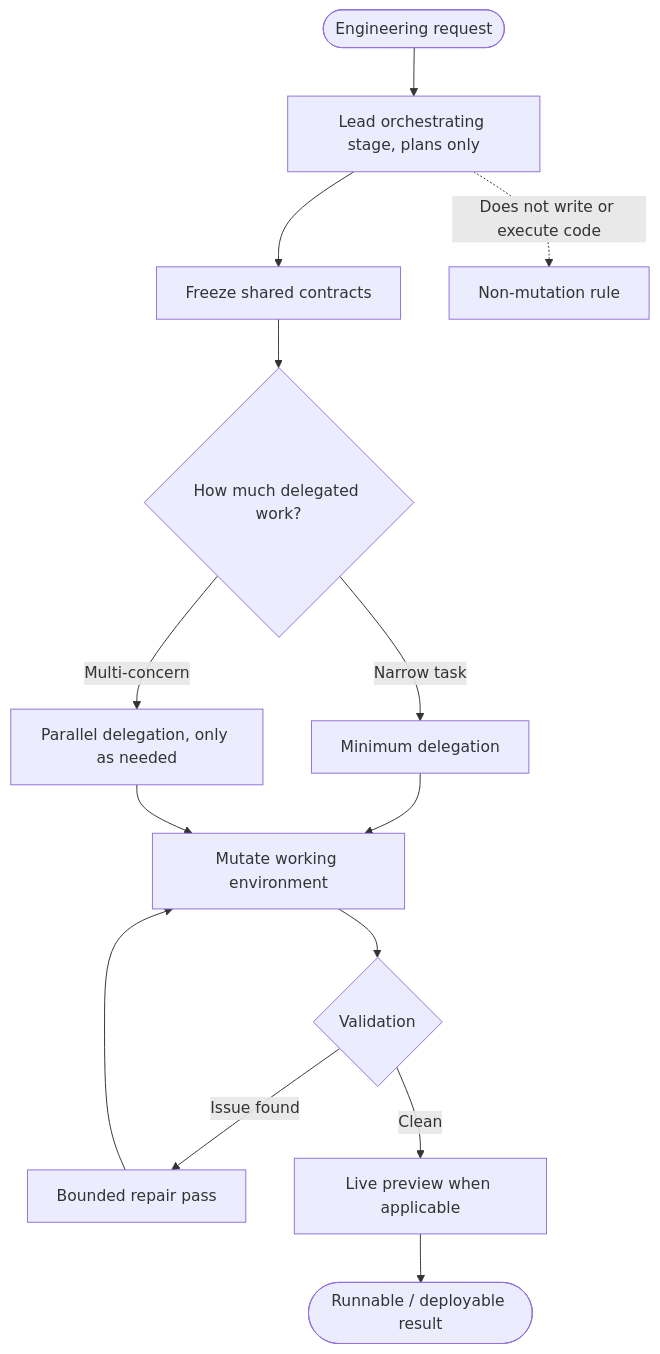
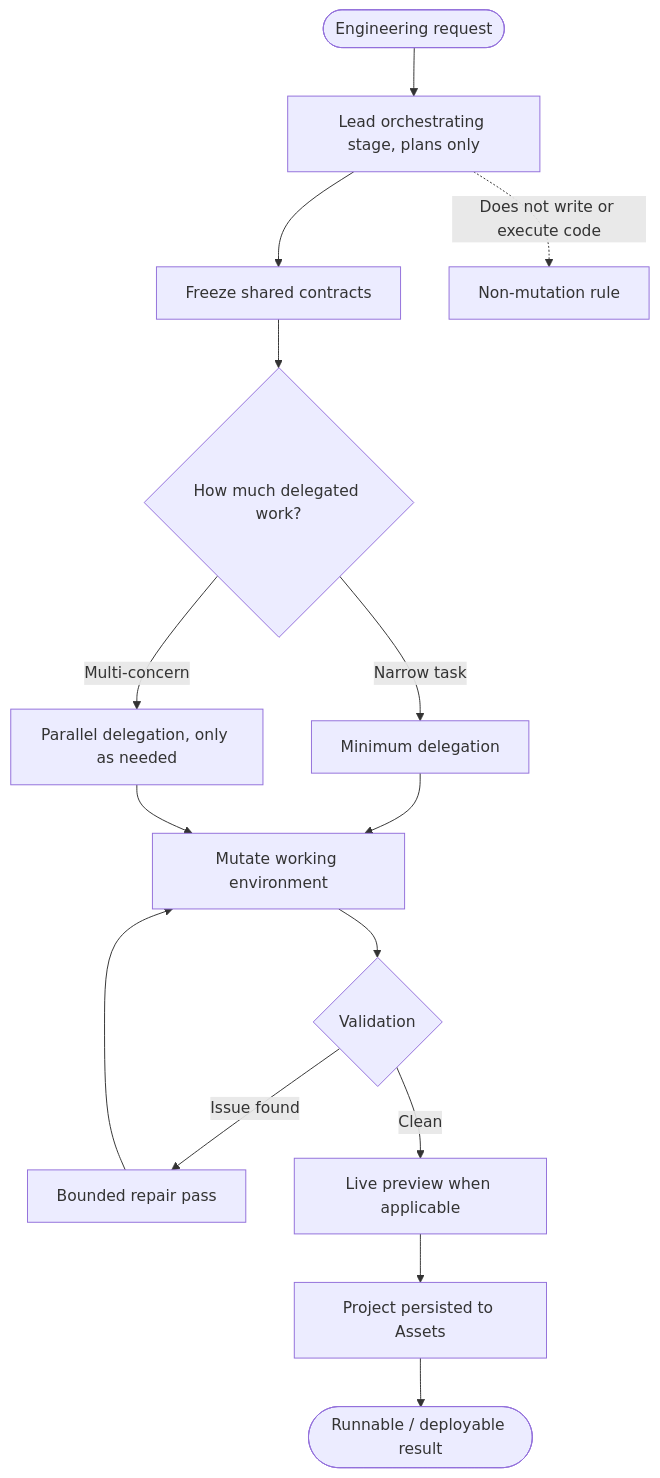
Before and after one commit to Beunec/beunec-site-staging: the first of 2 diagrams in Beunec Docs/rivine agentic engines/rivine_code.md, drawn with Mermaid. The commit also changed other lines of this file and 31 other files, not shown here.

````diff
--- a/Beunec Docs/rivine agentic engines/rivine_code.md
+++ b/Beunec Docs/rivine agentic engines/rivine_code.md
@@ -5,17 +11,18 @@
 ```mermaid
 flowchart TD
     Req([Engineering request]) --> Orch[Lead orchestrating stage, plans only]
     Orch --> Freeze[Freeze shared contracts]
     Freeze --> Spawns{How much delegated work?}
     Spawns -->|Narrow task| One[Minimum delegation]
     Spawns -->|Multi-concern| Many[Parallel delegation, only as needed]
     One --> Work[Mutate working environment]
     Many --> Work
     Work --> Val{Validation}
     Val -->|Issue found| Heal[Bounded repair pass]
     Heal --> Work
     Val -->|Clean| Preview[Live preview when applicable]
-    Preview --> Ship([Runnable / deployable result])
+    Preview --> Persist[Project persisted to Assets]
+    Persist --> Ship([Runnable / deployable result])
 
     Orch -.->|Does not write or execute code| Ban[Non-mutation rule]
 ```
````
